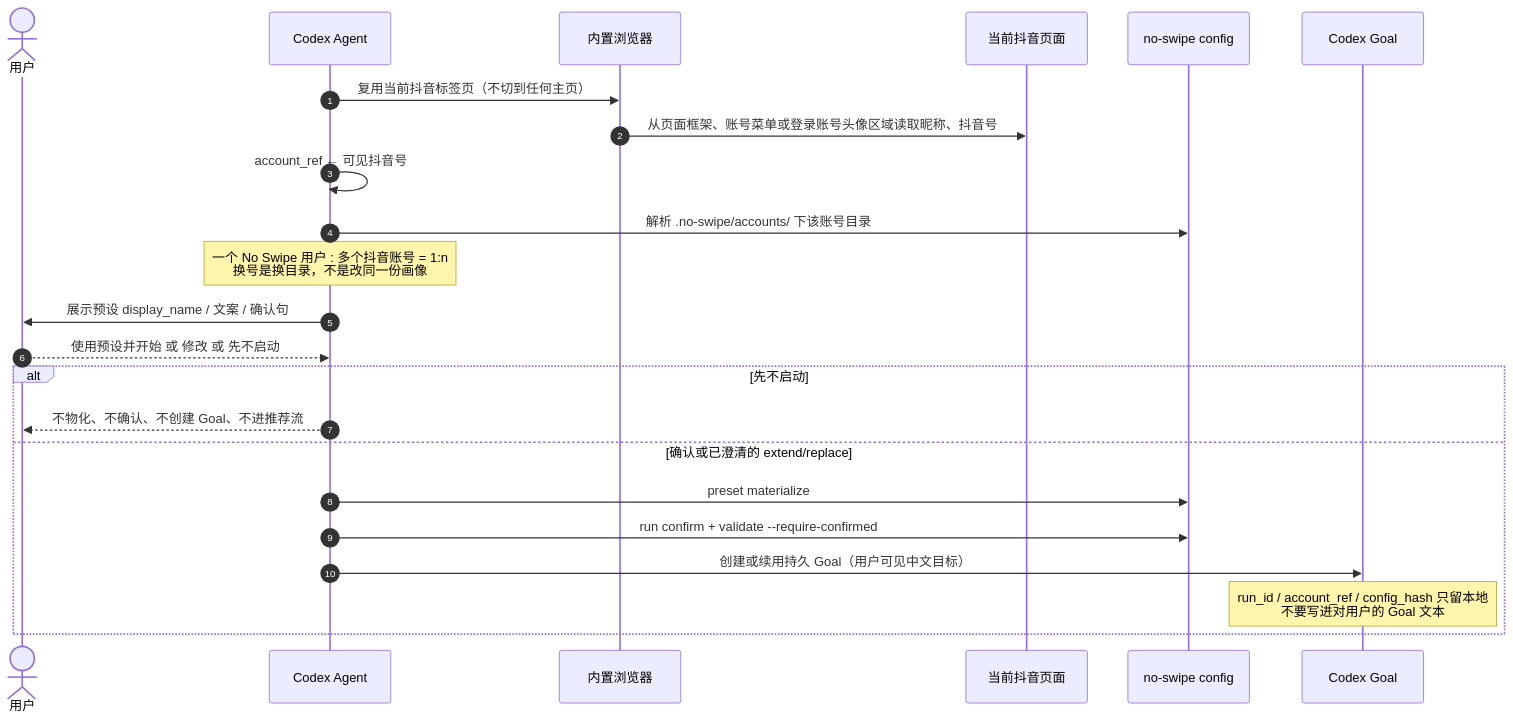
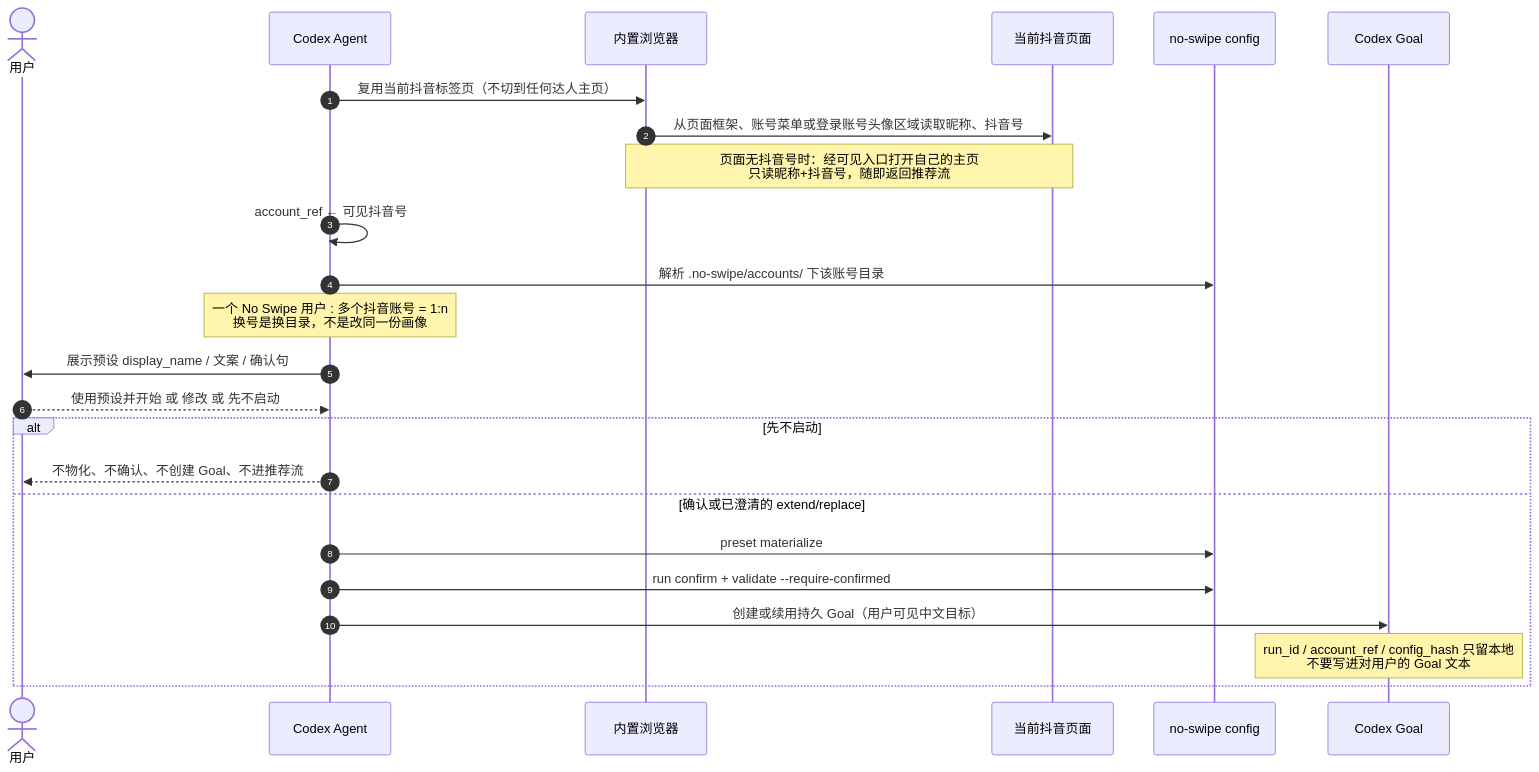
Before and after one commit to OfWind/no_swipe: the ninth of 18 diagrams in docs/no-swipe-interaction-flows.md, drawn with Mermaid. The commit also changed other lines of this file and 6 other files, not shown here.

````diff
--- a/docs/no-swipe-interaction-flows.md
+++ b/docs/no-swipe-interaction-flows.md
@@ -335,28 +335,29 @@
 ```mermaid
 sequenceDiagram
   autonumber
   actor User as 用户
   participant Agent as Codex Agent
   participant Br as 内置浏览器
   participant DY as 当前抖音页面
   participant CLI as no-swipe config
   participant Goal as Codex Goal
 
-  Agent->>Br: 复用当前抖音标签页（不切到任何主页）
+  Agent->>Br: 复用当前抖音标签页（不切到任何达人主页）
   Br->>DY: 从页面框架、账号菜单或登录账号头像区域读取昵称、抖音号
+  Note over Br,DY: 页面无抖音号时：经可见入口打开自己的主页<br/>只读昵称+抖音号，随即返回推荐流
   Agent->>Agent: account_ref ← 可见抖音号
   Agent->>CLI: 解析 .no-swipe/accounts/ 下该账号目录
   Note over Agent: 一个 No Swipe 用户 : 多个抖音账号 = 1:n<br/>换号是换目录，不是改同一份画像
 
   Agent->>User: 展示预设 display_name / 文案 / 确认句
   User-->>Agent: 使用预设并开始 或 修改 或 先不启动
 
   alt 先不启动
     Agent-->>User: 不物化、不确认、不创建 Goal、不进推荐流
   else 确认或已澄清的 extend/replace
     Agent->>CLI: preset materialize
     Agent->>CLI: run confirm + validate --require-confirmed
     Agent->>Goal: 创建或续用持久 Goal（用户可见中文目标）
     Note over Goal: run_id / account_ref / config_hash 只留本地<br/>不要写进对用户的 Goal 文本
   end
 ```
````
